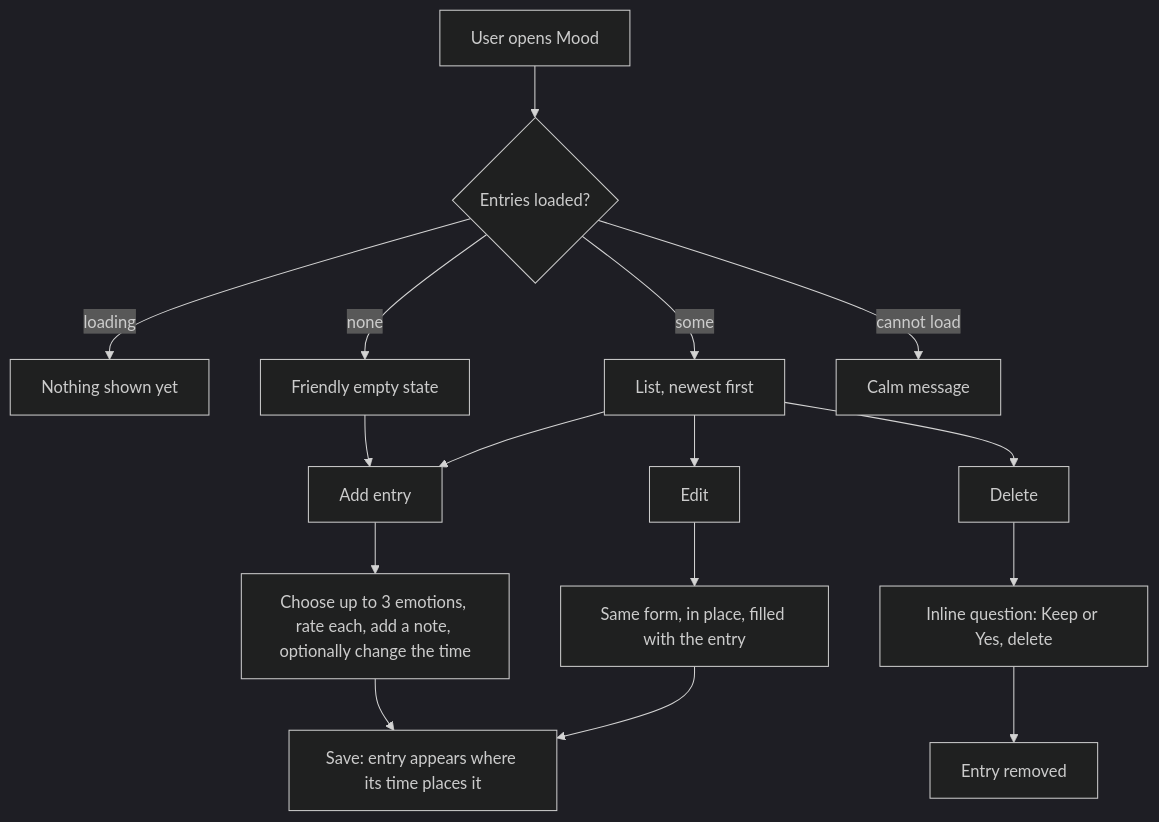
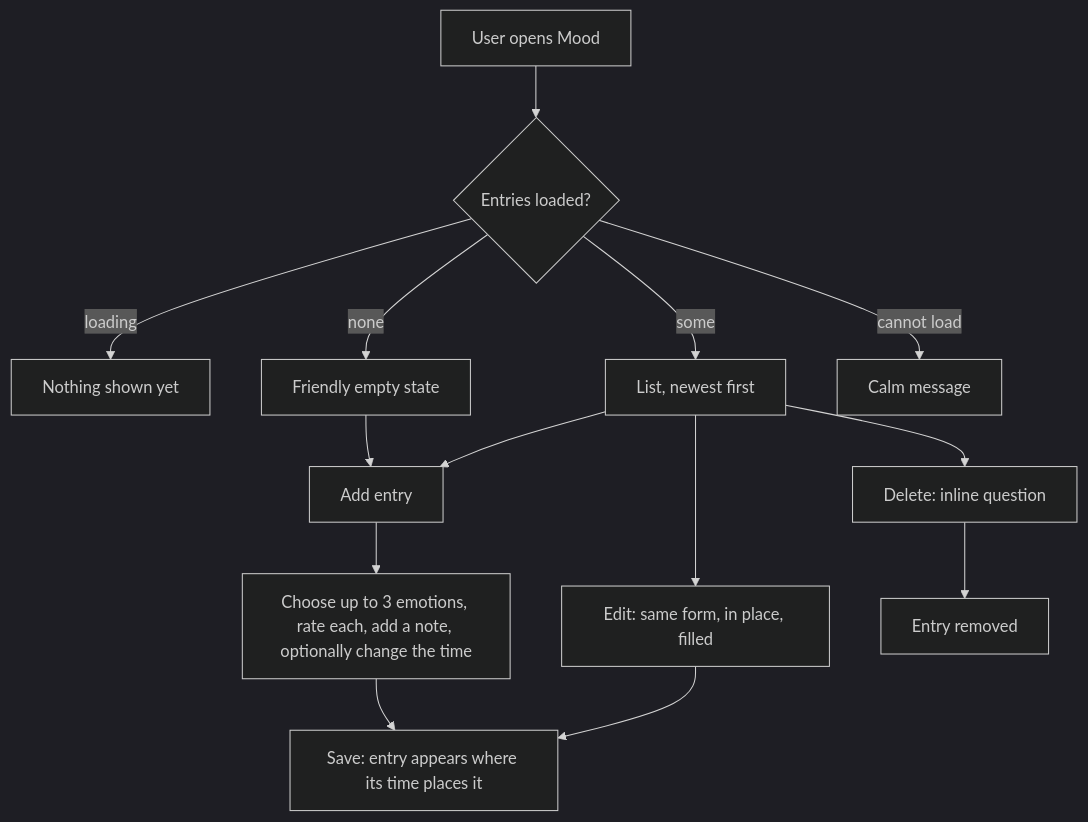
One commit to joshualauw/cebete changed the diagram in docs/specs/mood-log/spec.md. Above: the diagram before and after it, drawn with Mermaid (dark theme). The commit also changed other lines of this file and 10 other files, not shown here.

````diff
--- a/docs/specs/mood-log/spec.md
+++ b/docs/specs/mood-log/spec.md
@@ -7,18 +7,16 @@
 ```mermaid
 flowchart TD
     A[User opens Mood] --> B{Entries loaded?}
     B -- loading --> C[Nothing shown yet]
     B -- none --> D[Friendly empty state]
     B -- some --> E[List, newest first]
     B -- cannot load --> F[Calm message]
     E --> G[Add entry]
     D --> G
     G --> H[Choose up to 3 emotions, rate each, add a note, optionally change the time]
     H --> I[Save: entry appears where its time places it]
-    E --> M[Edit]
-    M --> N[Same form, in place, filled with the entry]
-    N --> I
-    E --> J[Delete]
-    J --> K[Inline question: Keep or Yes, delete]
-    K --> L[Entry removed]
+    E --> M[Edit: same form, in place, filled]
+    M --> I
+    E --> J[Delete: inline question]
+    J --> L[Entry removed]
 ```
````
